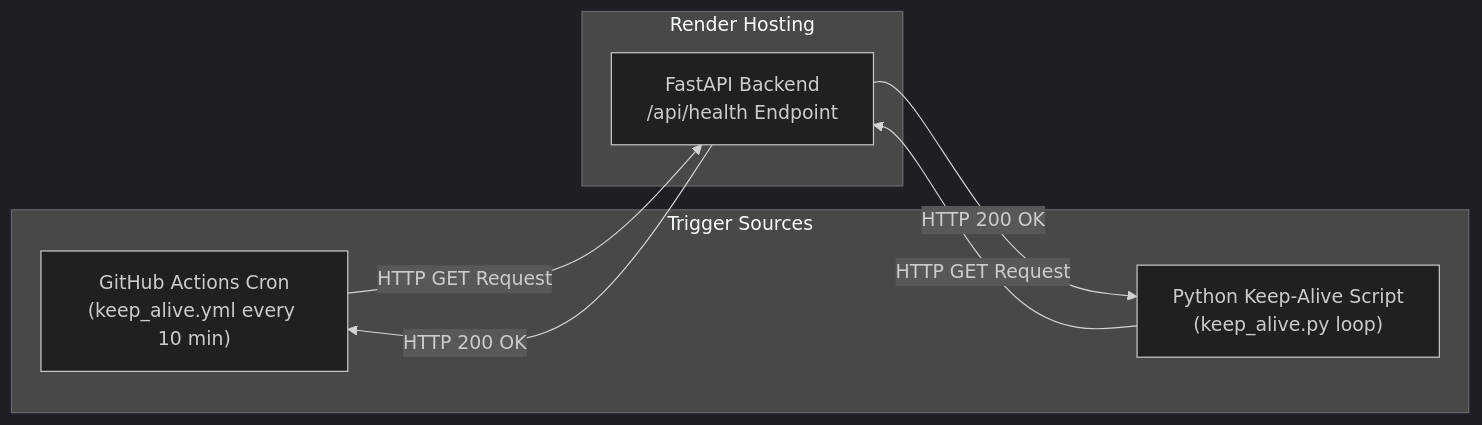
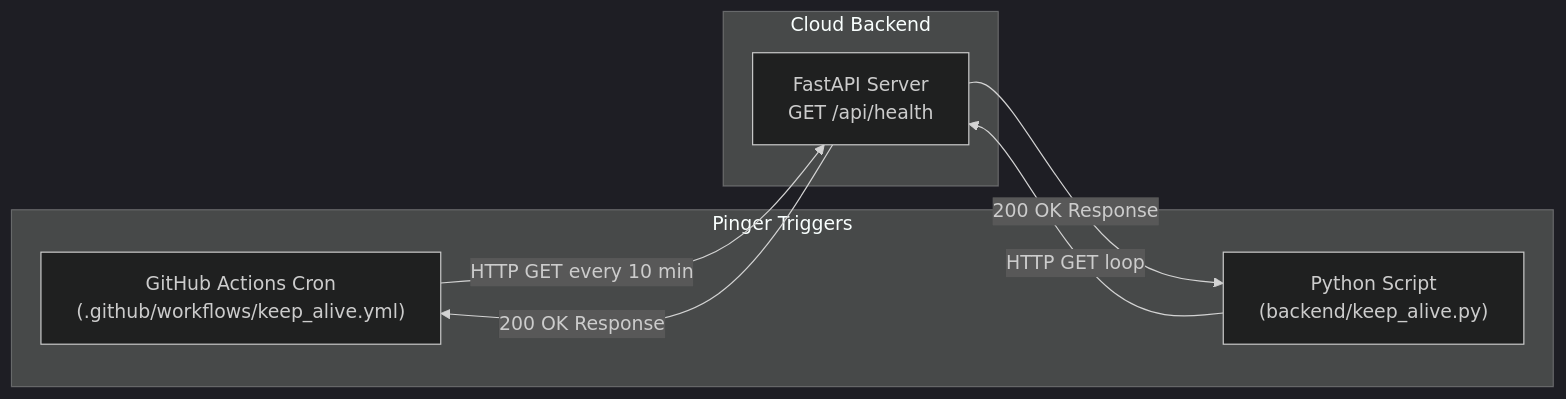
Before and after one commit to Vijajraj/Razorpay_checkout_agent: the sixth of 6 diagrams in README.md, drawn with Mermaid (dark theme). The commit also changed other lines of this file, not shown here.

Commit message:
Update README.md: remove emojis, add rich ASCII and Mermaid visualizations, improve structure

````diff
--- a/README.md
+++ b/README.md
@@ -270,16 +348,16 @@
 ```mermaid
 graph LR
-    subgraph Scheduling ["Trigger Sources"]
-        GHA["GitHub Actions Cron<br/>(keep_alive.yml every 10 min)"]
-        PY["Python Keep-Alive Script<br/>(keep_alive.py loop)"]
+    subgraph Triggers ["Pinger Triggers"]
+        GHA["GitHub Actions Cron<br/>(.github/workflows/keep_alive.yml)"]
+        PY["Python Script<br/>(backend/keep_alive.py)"]
     end
 
-    subgraph Service ["Render Hosting"]
-        RND["FastAPI Backend<br/>/api/health Endpoint"]
+    subgraph Service ["Cloud Backend"]
+        APP["FastAPI Server<br/>GET /api/health"]
     end
 
-    GHA -- HTTP GET Request --> RND
-    PY -- HTTP GET Request --> RND
-    RND -- HTTP 200 OK --> GHA
-    RND -- HTTP 200 OK --> PY
+    GHA -- HTTP GET every 10 min --> APP
+    PY -- HTTP GET loop --> APP
+    APP -- 200 OK Response --> GHA
+    APP -- 200 OK Response --> PY
 ```
````
